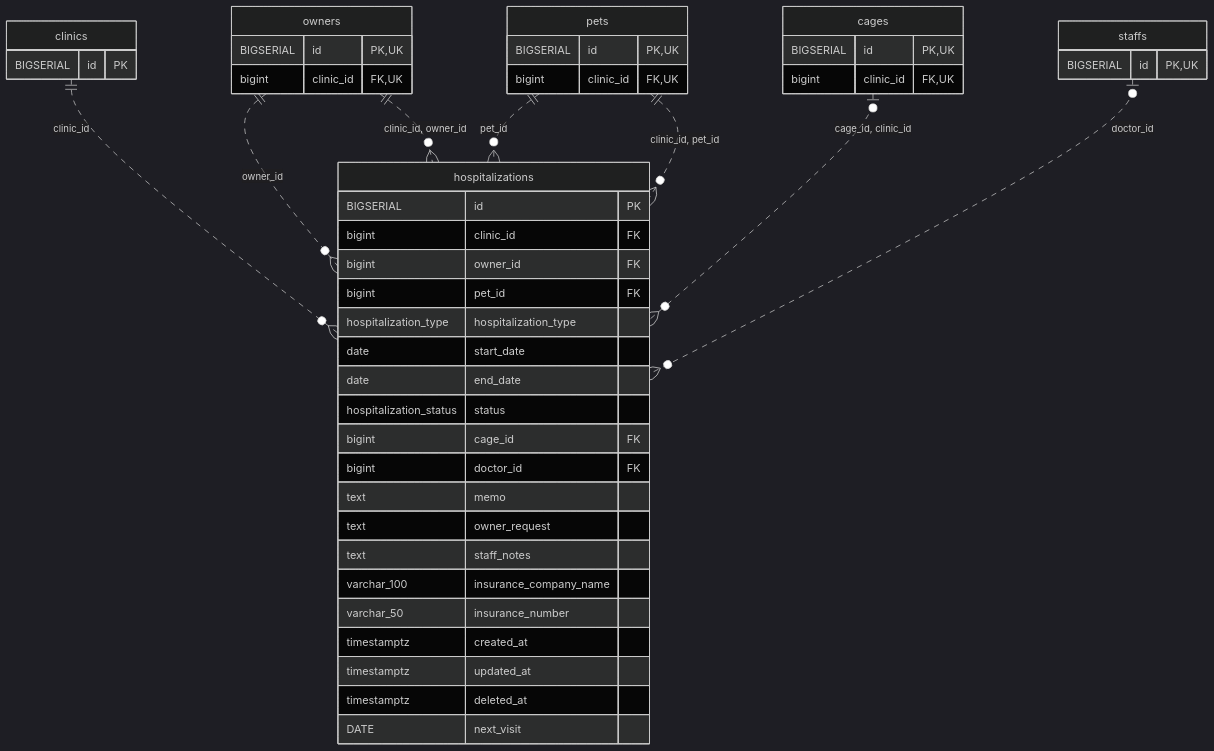
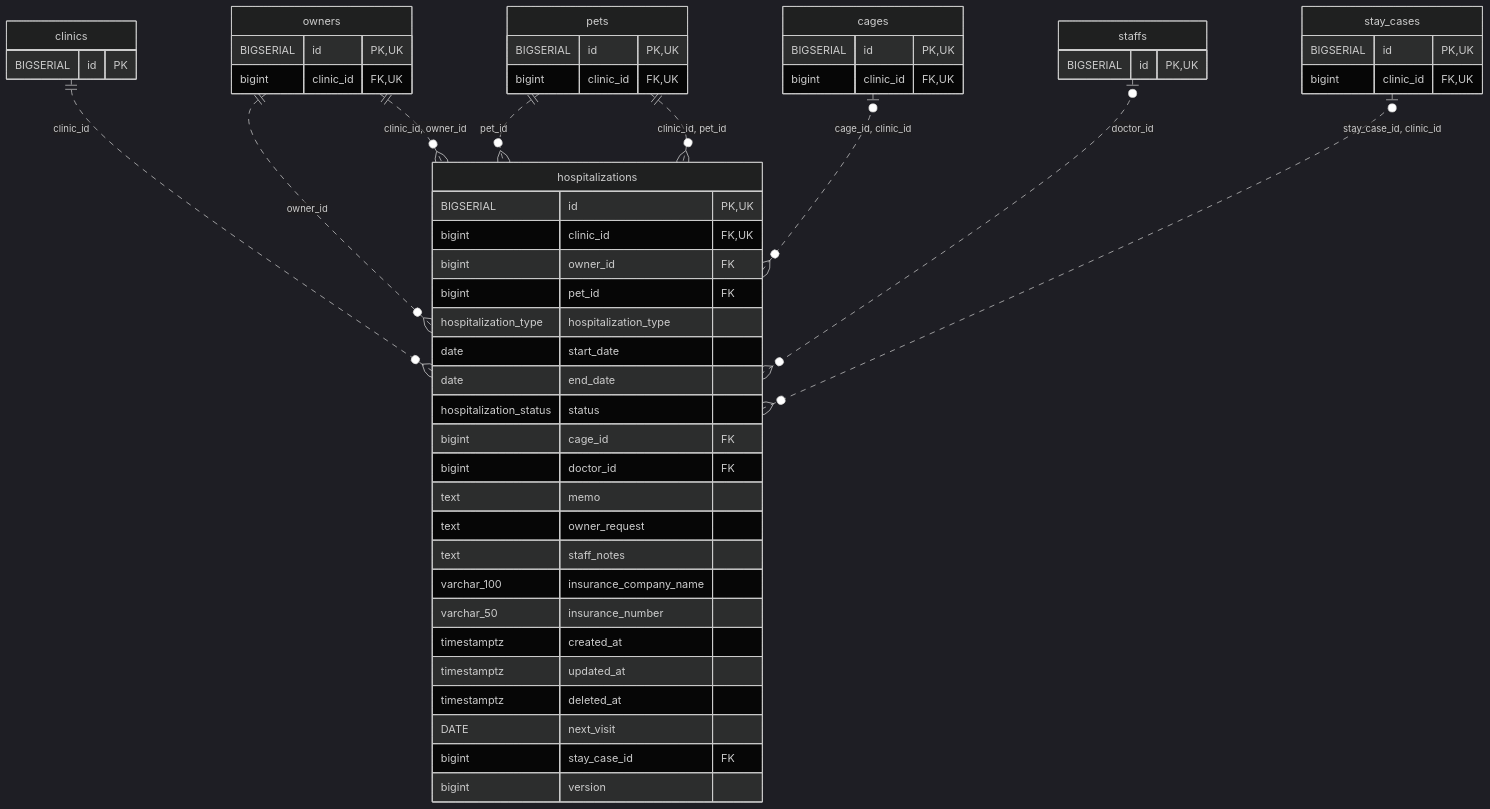
Before and after one commit to MinoruSoga/AnimalEkarte: the diagram in docs/architecture/erd-detail/hospitalizations.md, drawn with Mermaid (dark theme). The commit also changed other lines of this file and 131 other files, not shown here.

````diff
--- a/docs/architecture/erd-detail/hospitalizations.md
+++ b/docs/architecture/erd-detail/hospitalizations.md
@@ -42,49 +44,56 @@
 ```mermaid
 erDiagram
     hospitalizations {
-        BIGSERIAL id PK
-        bigint clinic_id FK
+        BIGSERIAL id PK,UK
+        bigint clinic_id FK,UK
         bigint owner_id FK
         bigint pet_id FK
         hospitalization_type hospitalization_type
         date start_date
         date end_date
         hospitalization_status status
         bigint cage_id FK
         bigint doctor_id FK
         text memo
         text owner_request
         text staff_notes
         varchar_100 insurance_company_name
         varchar_50 insurance_number
         timestamptz created_at
         timestamptz updated_at
         timestamptz deleted_at
         DATE next_visit
+        bigint stay_case_id FK
+        bigint version
     }
     cages {
         BIGSERIAL id PK,UK
         bigint clinic_id FK,UK
     }
     clinics {
         BIGSERIAL id PK
     }
     owners {
         BIGSERIAL id PK,UK
         bigint clinic_id FK,UK
     }
     pets {
         BIGSERIAL id PK,UK
         bigint clinic_id FK,UK
     }
     staffs {
         BIGSERIAL id PK,UK
     }
+    stay_cases {
+        BIGSERIAL id PK,UK
+        bigint clinic_id FK,UK
+    }
     clinics ||..o{ hospitalizations : "clinic_id"
     owners ||..o{ hospitalizations : "owner_id"
     pets ||..o{ hospitalizations : "pet_id"
     owners ||..o{ hospitalizations : "clinic_id, owner_id"
     pets ||..o{ hospitalizations : "clinic_id, pet_id"
     cages o|..o{ hospitalizations : "cage_id, clinic_id"
     staffs o|..o{ hospitalizations : "doctor_id"
+    stay_cases o|..o{ hospitalizations : "stay_case_id, clinic_id"
 ```
````
